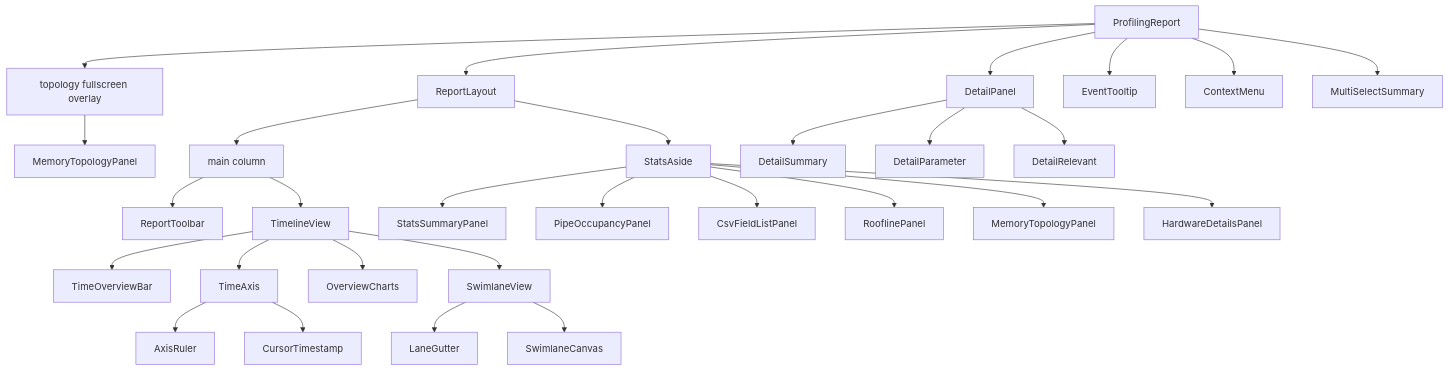
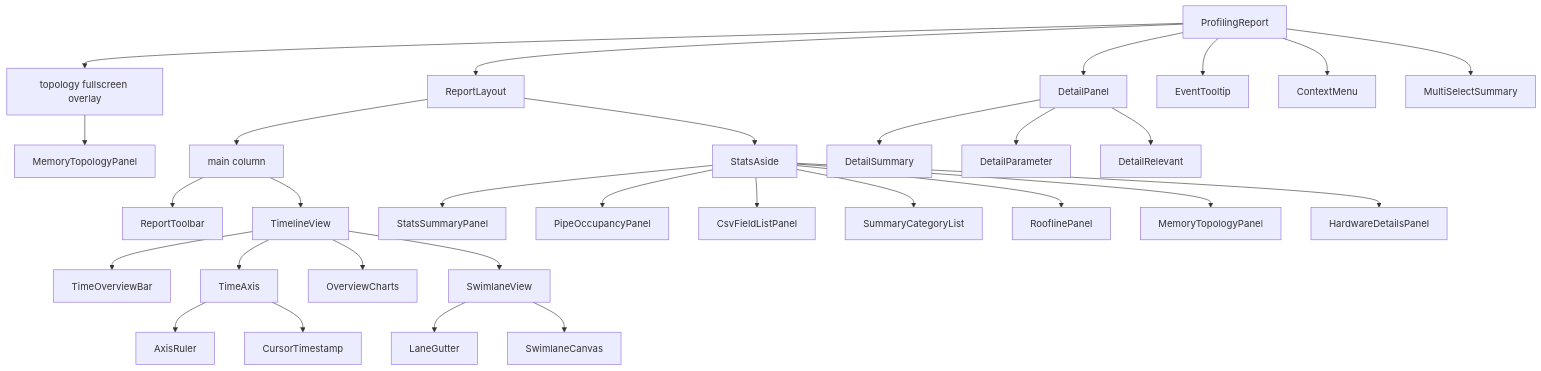
Before and after one commit to IdeFrontend/profiling-report: the diagram in src/ui/COMPONENT_TREE.md, drawn with Mermaid. The commit also changed other lines of this file and 21 other files, not shown here.

````diff
--- a/src/ui/COMPONENT_TREE.md
+++ b/src/ui/COMPONENT_TREE.md
@@ -9,32 +9,33 @@
 ```mermaid
 flowchart TB
   root[ProfilingReport]
   root --> layout[ReportLayout]
   root --> topoFs[topology fullscreen overlay]
   root --> detail[DetailPanel]
   root --> tip[EventTooltip]
   root --> menu[ContextMenu]
   root --> multi[MultiSelectSummary]
   topoFs --> memFs[MemoryTopologyPanel]
   layout --> mainCol[main column]
   layout --> aside[StatsAside]
   mainCol --> toolbar[ReportToolbar]
   mainCol --> timeline[TimelineView]
   timeline --> overviewBar[TimeOverviewBar]
   timeline --> timeAxis[TimeAxis]
   timeAxis --> ruler[AxisRuler]
   timeAxis --> cursor[CursorTimestamp]
   timeline --> overviewCharts[OverviewCharts]
   timeline --> swim[SwimlaneView]
   swim --> gutter[LaneGutter]
   swim --> canvas[SwimlaneCanvas]
   aside --> summary[StatsSummaryPanel]
   aside --> pipe[PipeOccupancyPanel]
   aside --> csv[CsvFieldListPanel]
+  aside --> summ[SummaryCategoryList]
   aside --> roof[RooflinePanel]
   aside --> mem[MemoryTopologyPanel]
   aside --> hw[HardwareDetailsPanel]
   detail --> dsum[DetailSummary]
   detail --> dparam[DetailParameter]
   detail --> drel[DetailRelevant]
 ```
````
